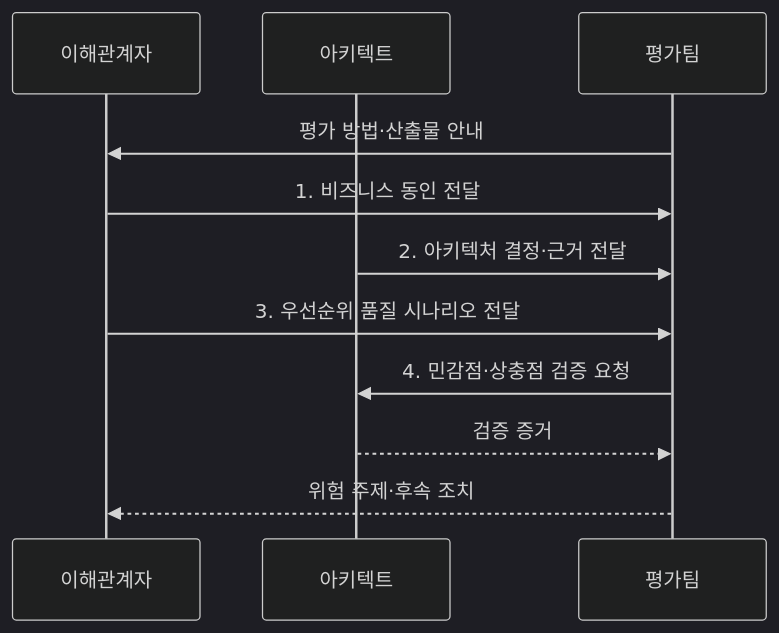
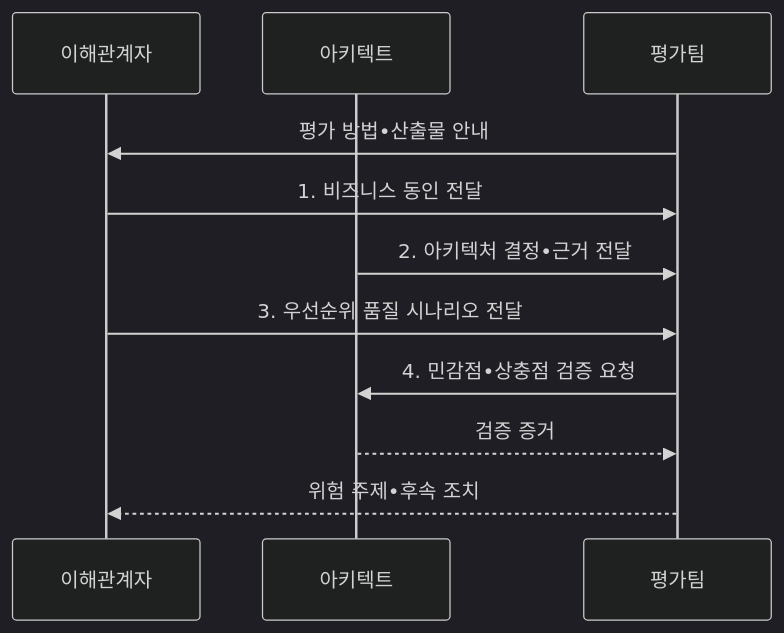
One commit to agnusdei1207/knowledge-base changed the second of 2 diagrams in src/content/docs/notes/06-evaluation/037_atam_tradeoff_analysis.md. Above: the diagram before and after it, drawn with Mermaid (dark theme). The commit also changed other lines of this file and 953 other files, not shown here.

````diff
--- a/src/content/docs/notes/06-evaluation/037_atam_tradeoff_analysis.md
+++ b/src/content/docs/notes/06-evaluation/037_atam_tradeoff_analysis.md
@@ -105,13 +105,13 @@
 ```mermaid
 sequenceDiagram
     participant S as 이해관계자
     participant A as 아키텍트
     participant P as 평가팀
-    P->>S: 평가 방법·산출물 안내
+    P->>S: 평가 방법•산출물 안내
     S->>P: 1. 비즈니스 동인 전달
-    A->>P: 2. 아키텍처 결정·근거 전달
+    A->>P: 2. 아키텍처 결정•근거 전달
     S->>P: 3. 우선순위 품질 시나리오 전달
-    P->>A: 4. 민감점·상충점 검증 요청
+    P->>A: 4. 민감점•상충점 검증 요청
     A-->>P: 검증 증거
-    P-->>S: 위험 주제·후속 조치
+    P-->>S: 위험 주제•후속 조치
 ```
````
